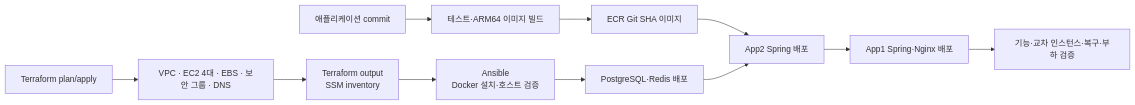
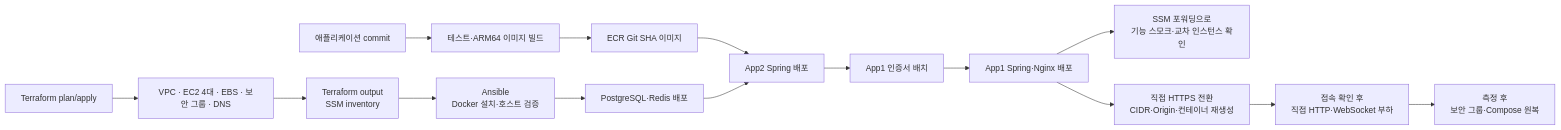
Before and after one commit to bamsongi-club/albam-mate: the second of 2 diagrams in docs/guides/AWS_MULTI_INSTANCE_INFRASTRUCTURE.md, drawn with Mermaid. The commit also changed other lines of this file, not shown here.

````diff
--- a/docs/guides/AWS_MULTI_INSTANCE_INFRASTRUCTURE.md
+++ b/docs/guides/AWS_MULTI_INSTANCE_INFRASTRUCTURE.md
@@ -167,13 +359,17 @@
 ```mermaid
 flowchart LR
     CODE["애플리케이션 commit"] --> CI["테스트·ARM64 이미지 빌드"]
     CI --> ECR["ECR Git SHA 이미지"]
     TF["Terraform plan/apply"] --> INFRA["VPC · EC2 4대 · EBS · 보안 그룹 · DNS"]
     INFRA --> INV["Terraform output<br/>SSM inventory"]
     INV --> ANSIBLE["Ansible<br/>Docker 설치·호스트 검증"]
     ANSIBLE --> DATA["PostgreSQL·Redis 배포"]
     ECR --> APP2["App2 Spring 배포"]
     DATA --> APP2
-    APP2 --> APP1["App1 Spring·Nginx 배포"]
-    APP1 --> VERIFY["기능·교차 인스턴스·복구·부하 검증"]
+    APP2 --> CERT["App1 인증서 배치"]
+    CERT --> APP1["App1 Spring·Nginx 배포"]
+    APP1 --> VERIFY["SSM 포워딩으로<br/>기능 스모크·교차 인스턴스 확인"]
+    APP1 --> TRANSITION["직접 HTTPS 전환<br/>CIDR·Origin·컨테이너 재생성"]
+    TRANSITION --> LOAD["접속 확인 후<br/>직접 HTTP·WebSocket 부하"]
+    LOAD --> ROLLBACK["측정 후<br/>보안 그룹·Compose 원복"]
 ```
````
